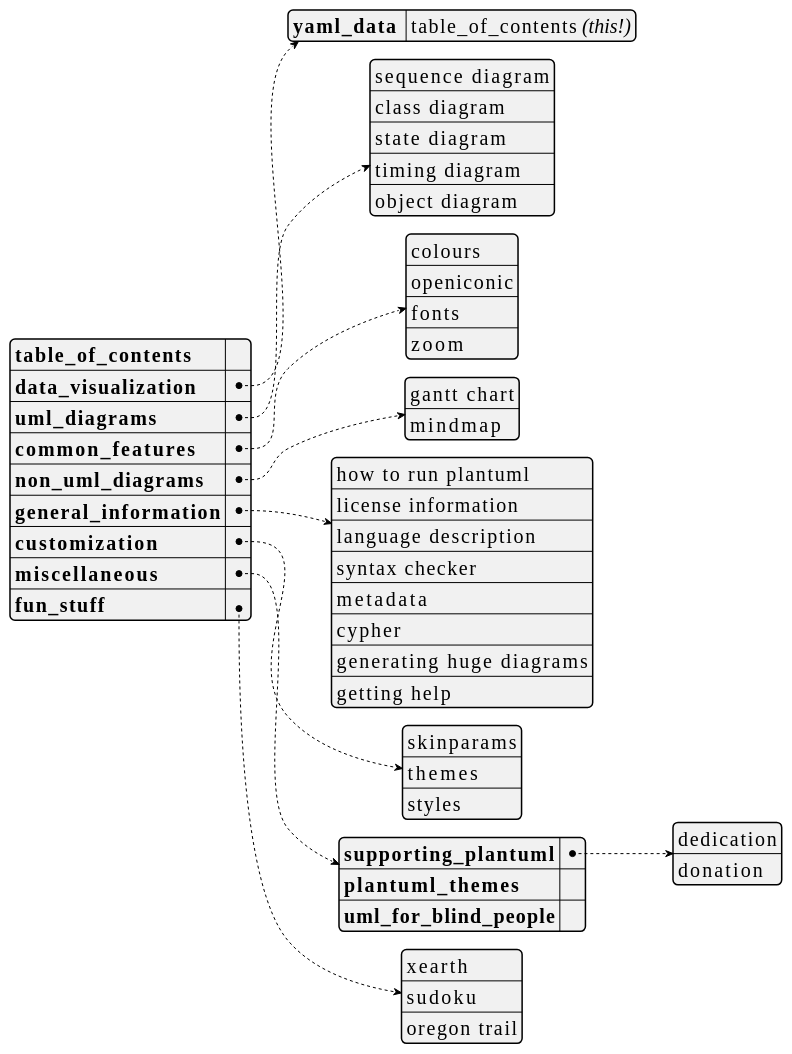
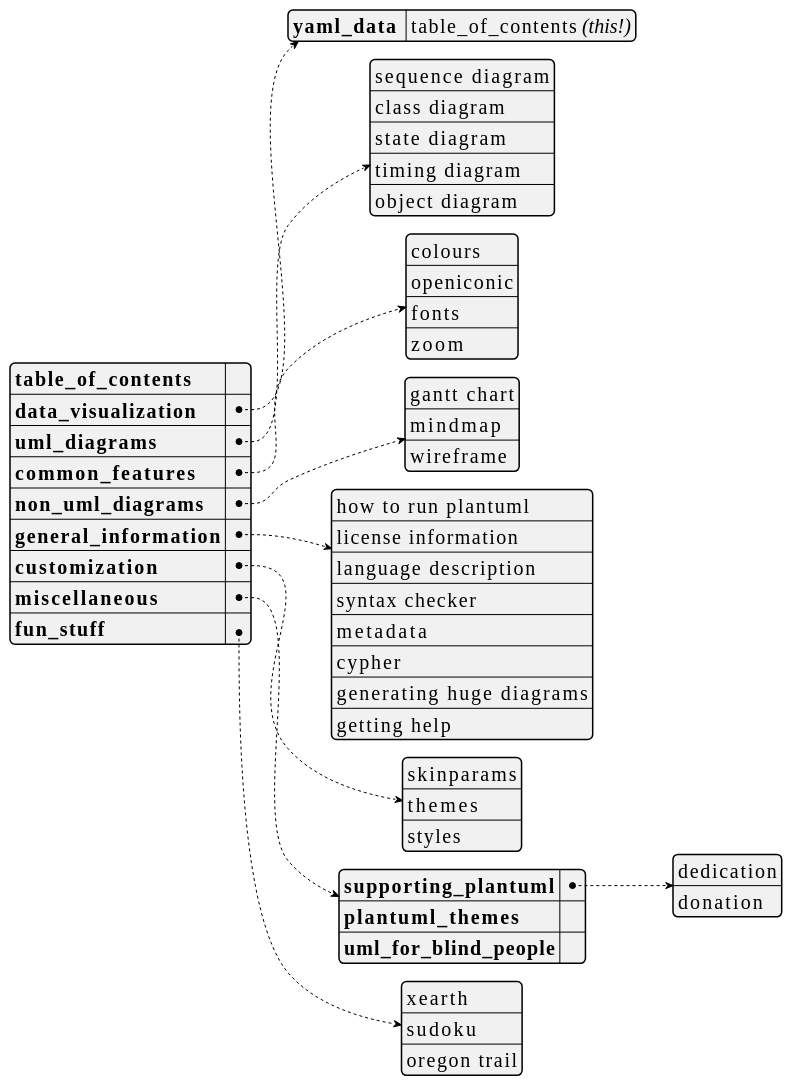
The first of 32 diagrams in plantuml_demo.md (dragondive/heavens-arena), drawn with PlantUML before and after one commit. The commit also changed other lines of this file, not shown here.

Commit message:
added demo: wireframe

````diff
--- a/plantuml_demo.md
+++ b/plantuml_demo.md
@@ -26,63 +26,64 @@
 ```plantuml
 @startyaml
 <style>
 yamlDiagram {
     node {
         ' use a constant width font because that's what developers do.
         FontName Consolas
         FontSize 20
     }
 }
 </style>
 
 /'TODO:
 It would be cool to hyperlink the entries in the table_of_contents to the
 respective section in the document. Not only would it further accentuate the
 [Medium Awareness](https://tvtropes.org/pmwiki/pmwiki.php/Main/MediumAwareness)
 of this yaml document, but also augment the
 [Anachronic Order](https://tvtropes.org/pmwiki/pmwiki.php/Main/AnachronicOrder)
 of the outer markdown document.
 '/
 
 **table_of_contents**: ""  /' workaround: empty string here to avoid dummy link '/
 data_visualization:
     yaml_data : table_of_contents //(this!)//
 uml_diagrams:
     - sequence diagram
     - class diagram
     - state diagram
     - timing diagram
     - object diagram
 common_features:
     - colours
     - openiconic
     - fonts
     - zoom
 non_uml_diagrams:
     - gantt chart
     - mindmap
+    - wireframe
 general_information:
     - how to run plantuml
     - license information
     - language description
     - syntax checker
     - metadata
     - cypher
     - generating huge diagrams
     - getting help
 customization:
     - skinparams
     - themes
     - styles
 miscellaneous:
     supporting_plantuml:
         - dedication
         - donation
     plantuml_themes: ""
     uml_for_blind_people: ""
 fun_stuff:
     - xearth
     - sudoku
     - oregon trail
 @endyaml
 ```
````
